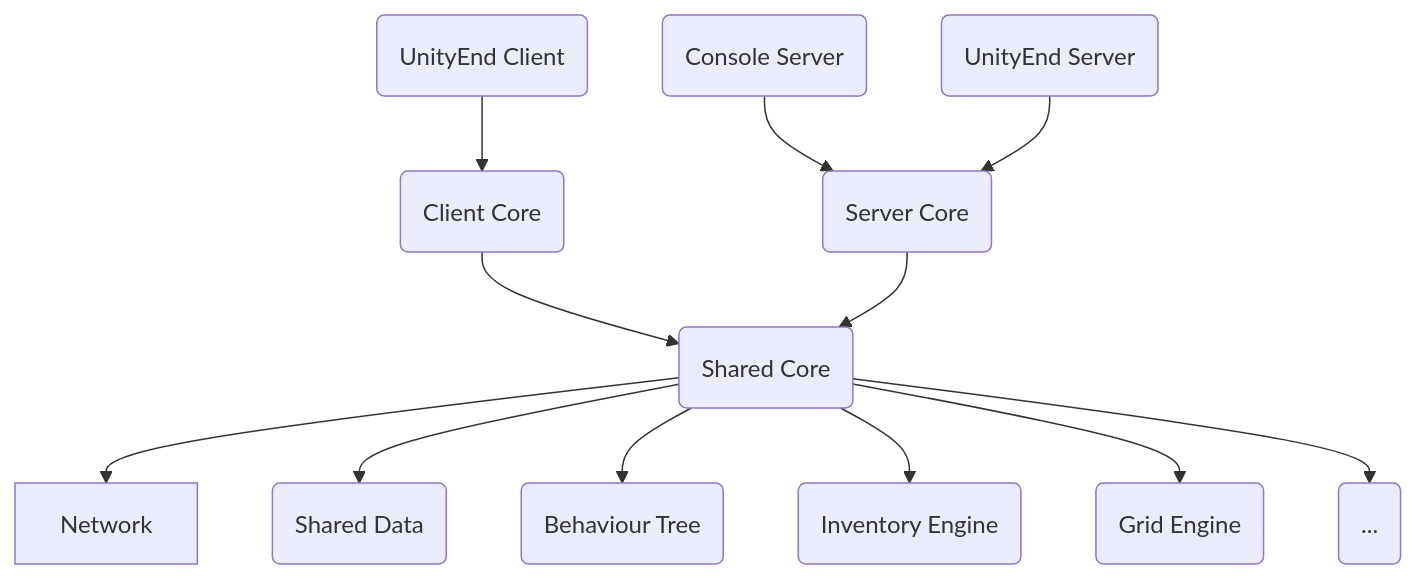
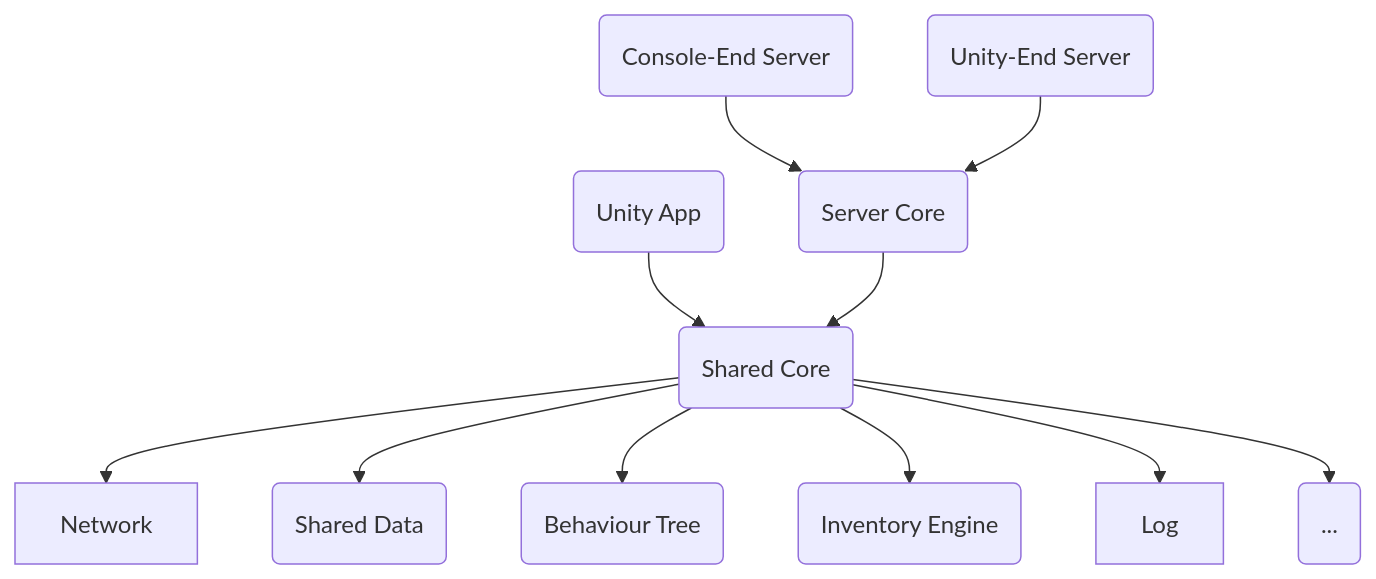
One commit to JohnYoung404/JohnYoung404.github.io changed the diagram in _posts/2023-11-20-Introduction to Neo.md. Above: the diagram before and after it, drawn with Mermaid. The commit also changed other lines of this file, not shown here.

Commit message:
Update 2023-11-20-Introduction to Neo.md

````diff
--- a/_posts/2023-11-20-Introduction to Neo.md
+++ b/_posts/2023-11-20-Introduction to Neo.md
@@ -45,15 +44,14 @@
 ```mermaid
 graph TD
-A(Client Core) --> B(Shared Core)
+A(Unity App) --> B(Shared Core)
 C(Server Core) --> B(Shared Core)
-D(Console Server) --> C
-E(UnityEnd Server) --> C
-F(UnityEnd Client) --> A
+D(Console-End Server) --> C
+E(Unity-End Server) --> C
 
 B --> Network
 B --> SD(Shared Data)
 B --> BT(Behaviour Tree)
 B --> IE(Inventory Engine)
-B --> GE(Grid Engine)
+B --> Log
 B --> ETC(...)
 ```
````
